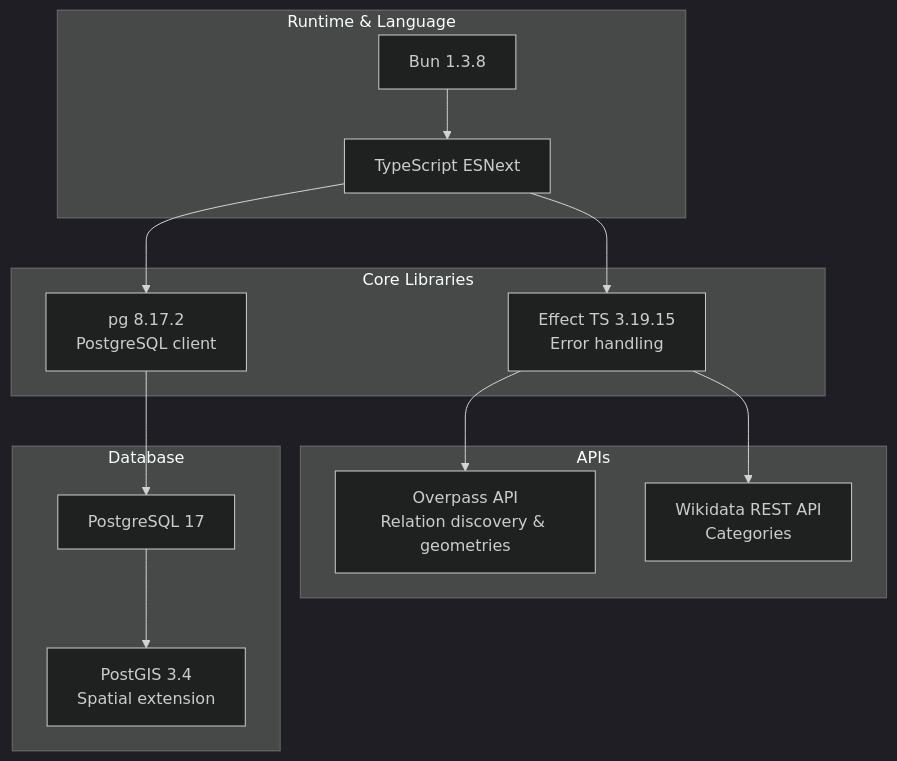
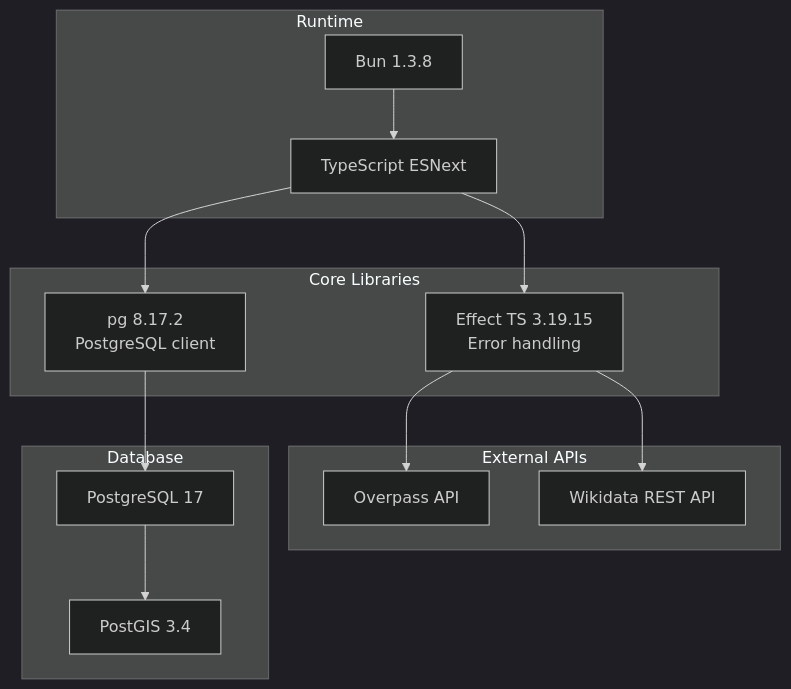
One commit to DaxServer/geocode-commons-categories changed the sixth of 6 diagrams in docs/import/architecture.md. Above: the diagram before and after it, drawn with Mermaid (dark theme). The commit also changed other lines of this file and 11 other files, not shown here.

````diff
--- a/docs/import/architecture.md
+++ b/docs/import/architecture.md
@@ -314,32 +358,32 @@
 ```mermaid
 graph TB
-    subgraph "Runtime & Language"
+    subgraph "Runtime"
         BUN[Bun 1.3.8]
         TS[TypeScript ESNext]
     end
 
     subgraph "Core Libraries"
         EFFECT[Effect TS 3.19.15<br/>Error handling]
         PG[pg 8.17.2<br/>PostgreSQL client]
     end
 
-    subgraph "APIs"
-        OVERPASS_API[Overpass API<br/>Relation discovery & geometries]
-        WIKIDATA_API[Wikidata REST API<br/>Categories]
+    subgraph "External APIs"
+        OVER[Overpass API]
+        WIKI[Wikidata REST API]
     end
 
     subgraph "Database"
-        POSTGRES_DB[PostgreSQL 17]
-        POSTGIS[PostGIS 3.4<br/>Spatial extension]
+        POSTGRES[PostgreSQL 17]
+        POSTGIS[PostGIS 3.4]
     end
 
     BUN --> TS
     TS --> EFFECT
     TS --> PG
 
-    EFFECT --> OVERPASS_API
-    EFFECT --> WIKIDATA_API
+    EFFECT --> OVER
+    EFFECT --> WIKI
 
-    PG --> POSTGRES_DB
-    POSTGRES_DB --> POSTGIS
+    PG --> POSTGRES
+    POSTGRES --> POSTGIS
 ```
````
